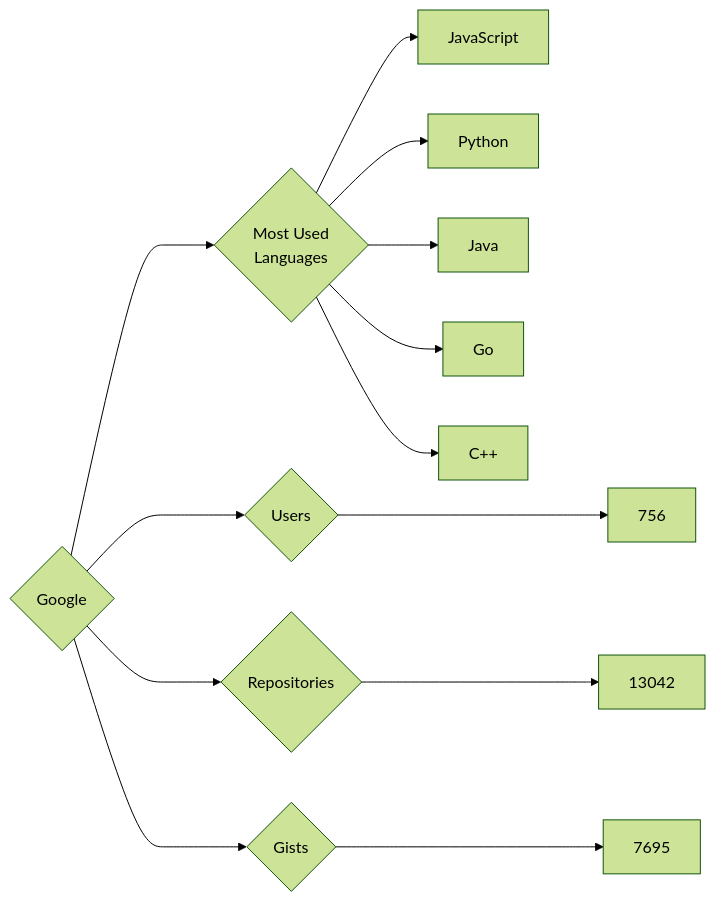
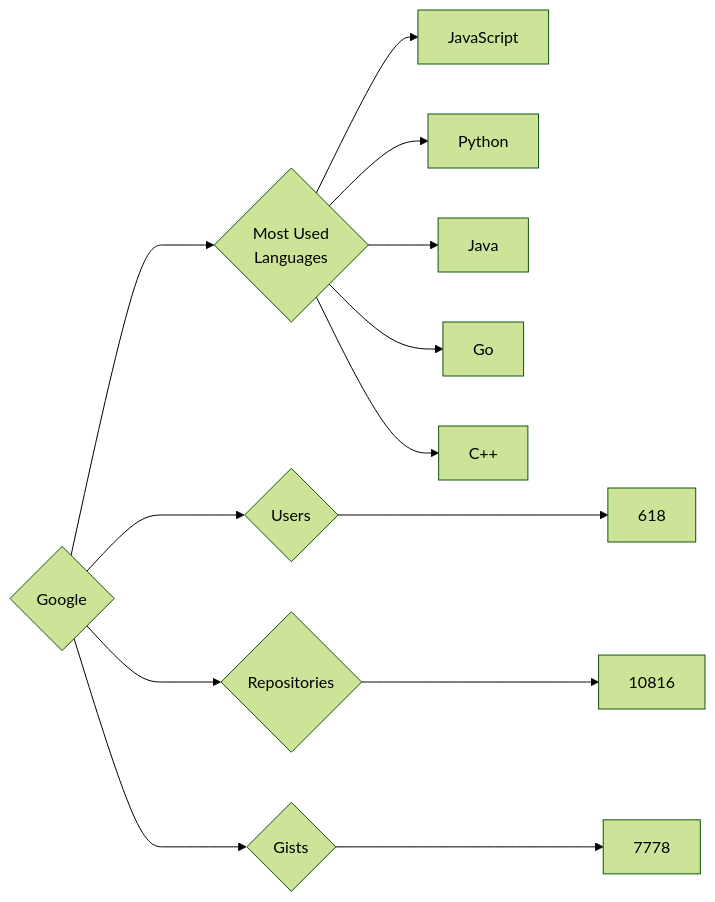
Before and after one commit to trickest/insiders: the diagram in targets/Google/README.md, drawn with Mermaid (forest theme). The commit also changed 951 other files, not shown here.

````diff
--- a/targets/Google/README.md
+++ b/targets/Google/README.md
@@ -3,13 +3,13 @@
 ```mermaid
 graph LR
 COMPANY_NAME{Google}
-COMPANY_NAME ---> U{Users} ---> UN[756]
-COMPANY_NAME ---> R{Repositories} ---> RN[13042]
-COMPANY_NAME ---> G{Gists} ---> GN[7695]
+COMPANY_NAME ---> U{Users} ---> UN[618]
+COMPANY_NAME ---> R{Repositories} ---> RN[10816]
+COMPANY_NAME ---> G{Gists} ---> GN[7778]
 COMPANY_NAME ---> ML{Most Used<br>Languages}
 ML --> JavaScript[JavaScript]
 ML --> Python[Python]
 ML --> Java[Java]
 ML --> Go[Go]
 ML --> C++[C++]
 ```
````
